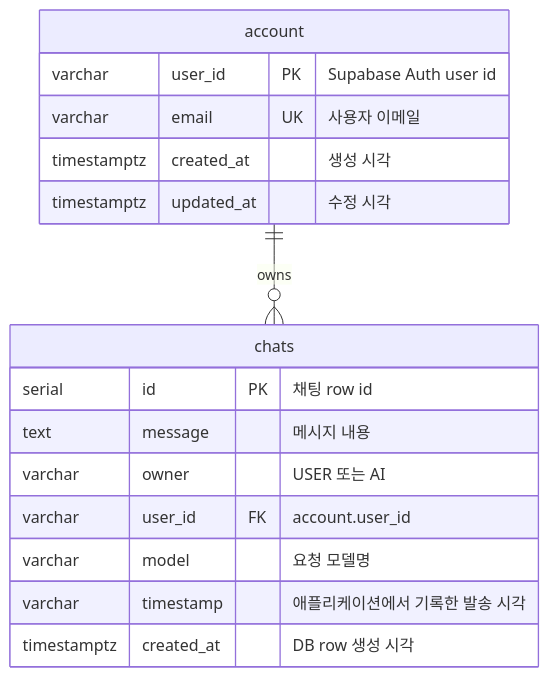
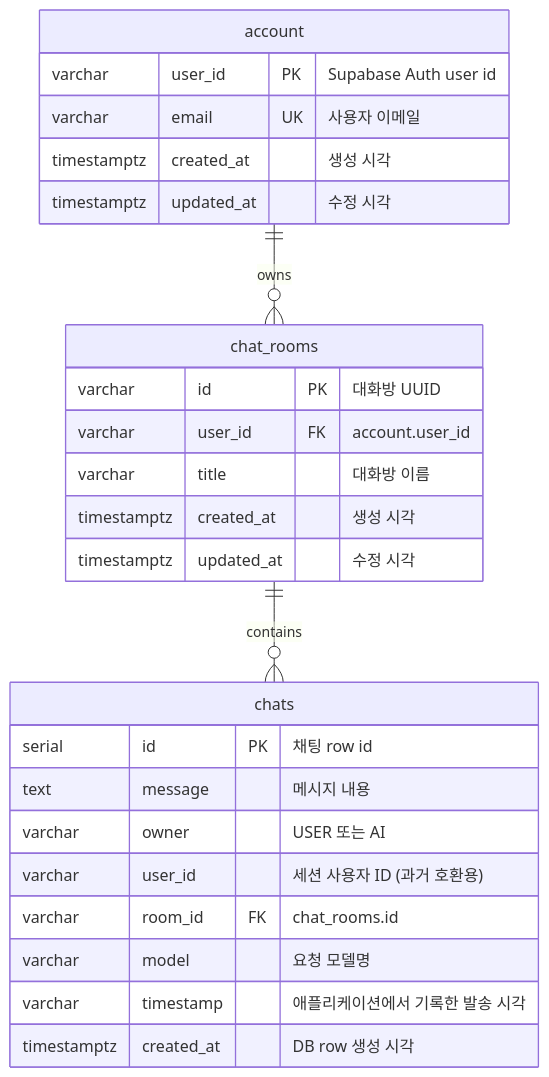
The diagram in docs/database/database_schema.md (AIBE7-Dev2gether/mini_project_chatBot), drawn with Mermaid before and after one commit. The commit also changed other lines of this file and 8 other files, not shown here.

````diff
--- a/docs/database/database_schema.md
+++ b/docs/database/database_schema.md
@@ -7,21 +7,31 @@
 ```mermaid
 erDiagram
     account {
         varchar user_id PK "Supabase Auth user id"
         varchar email UK "사용자 이메일"
         timestamptz created_at "생성 시각"
         timestamptz updated_at "수정 시각"
     }
 
+    chat_rooms {
+        varchar id PK "대화방 UUID"
+        varchar user_id FK "account.user_id"
+        varchar title "대화방 이름"
+        timestamptz created_at "생성 시각"
+        timestamptz updated_at "수정 시각"
+    }
+
     chats {
         serial id PK "채팅 row id"
         text message "메시지 내용"
         varchar owner "USER 또는 AI"
-        varchar user_id FK "account.user_id"
+        varchar user_id "세션 사용자 ID (과거 호환용)"
+        varchar room_id FK "chat_rooms.id"
         varchar model "요청 모델명"
         varchar timestamp "애플리케이션에서 기록한 발송 시각"
         timestamptz created_at "DB row 생성 시각"
     }
 
-    account ||--o{ chats : owns
+    account ||--o{ chat_rooms : owns
+    chat_rooms ||--o{ chats : contains
 ```
````
